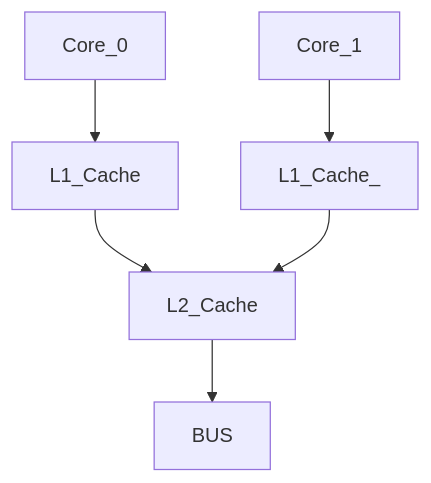
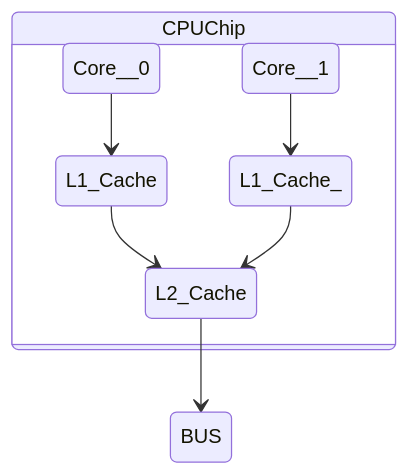
One commit to YoungHaKim7/x86_64_Assembly_my_project changed the diagram in README.md. Above: the diagram before and after it, drawn with Mermaid.

Commit message:
CPU Block Diagram

````diff
--- a/README.md
+++ b/README.md
@@ -405,10 +405,14 @@
 ```mermaid
 
-graph TD;
-    Core_0-->L1_Cache;
-    Core_1-->L1_Cache_;
-    L1_Cache-->L2_Cache;
-    L1_Cache_-->L2_Cache;
-    L2_Cache-->BUS;
+stateDiagram-v2
+
+    state CPUChip {
+        Core__0 --> L1_Cache
+        Core__1 --> L1_Cache_
+        L1_Cache --> L2_Cache
+        L1_Cache_ --> L2_Cache
+    }
+
+    L2_Cache --> BUS
 
 ```
````
